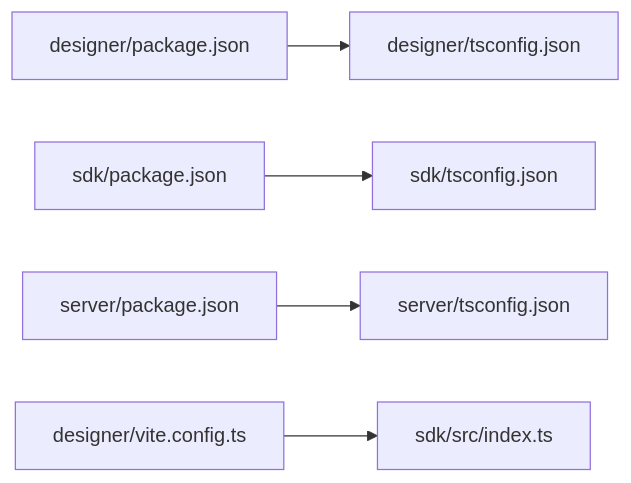
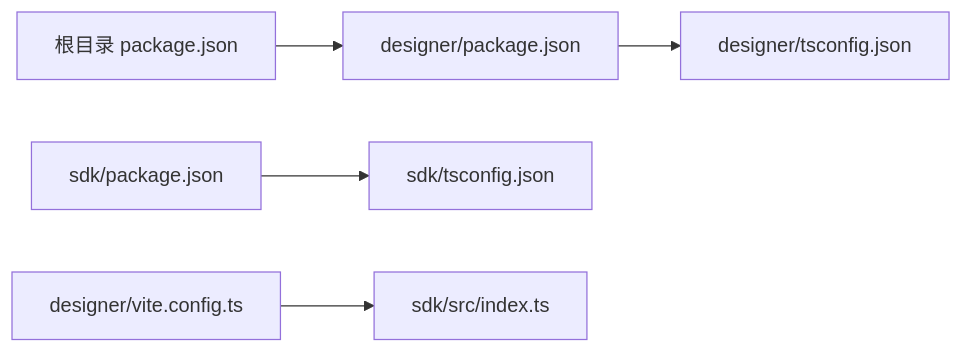
Before and after one commit to joker-yjc/printer: the sixth of 6 diagrams in .qoder/repowiki/zh/content/故障排除/开发环境问题.md, drawn with Mermaid. The commit also changed other lines of this file and 44 other files, not shown here.

````diff
--- a/.qoder/repowiki/zh/content/故障排除/开发环境问题.md
+++ b/.qoder/repowiki/zh/content/故障排除/开发环境问题.md
@@ -186,7 +166,7 @@
 ```mermaid
 graph LR
-DsrPkg["designer/package.json"] --> DsrTS["designer/tsconfig.json"]
+RootPkg["根目录 package.json"] --> DsrPkg["designer/package.json"]
+DsrPkg --> DsrTS["designer/tsconfig.json"]
 SdkPkg["sdk/package.json"] --> SdkTS["sdk/tsconfig.json"]
-SrvPkg["server/package.json"] --> SrvTS["server/tsconfig.json"]
 DsrVite["designer/vite.config.ts"] --> SdkSrc["sdk/src/index.ts"]
 ```
````
